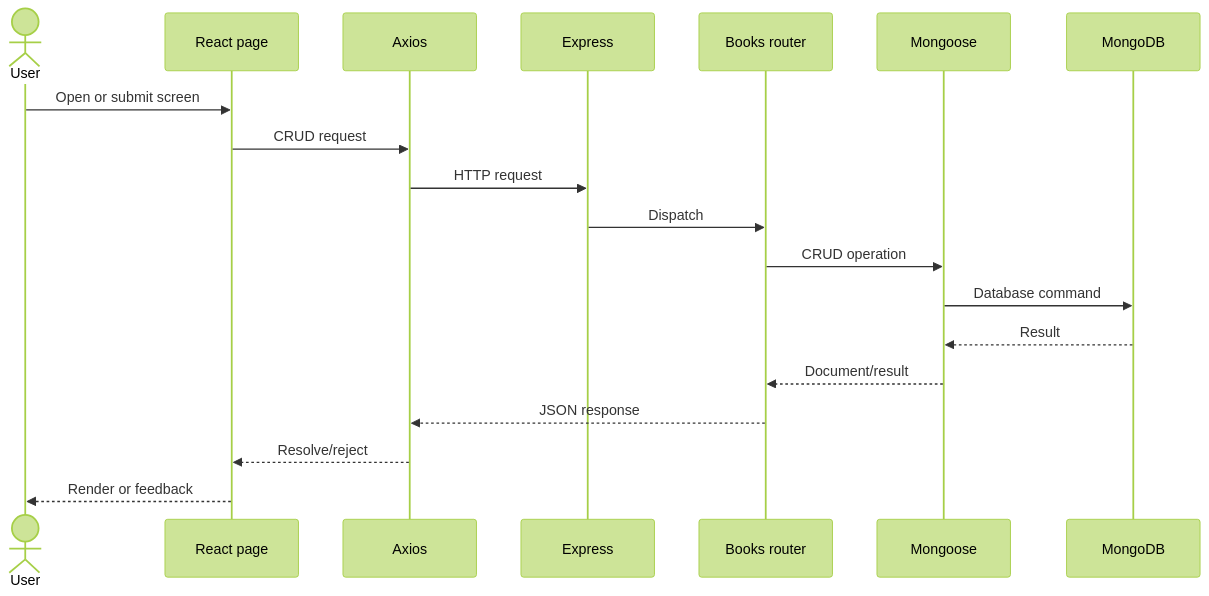
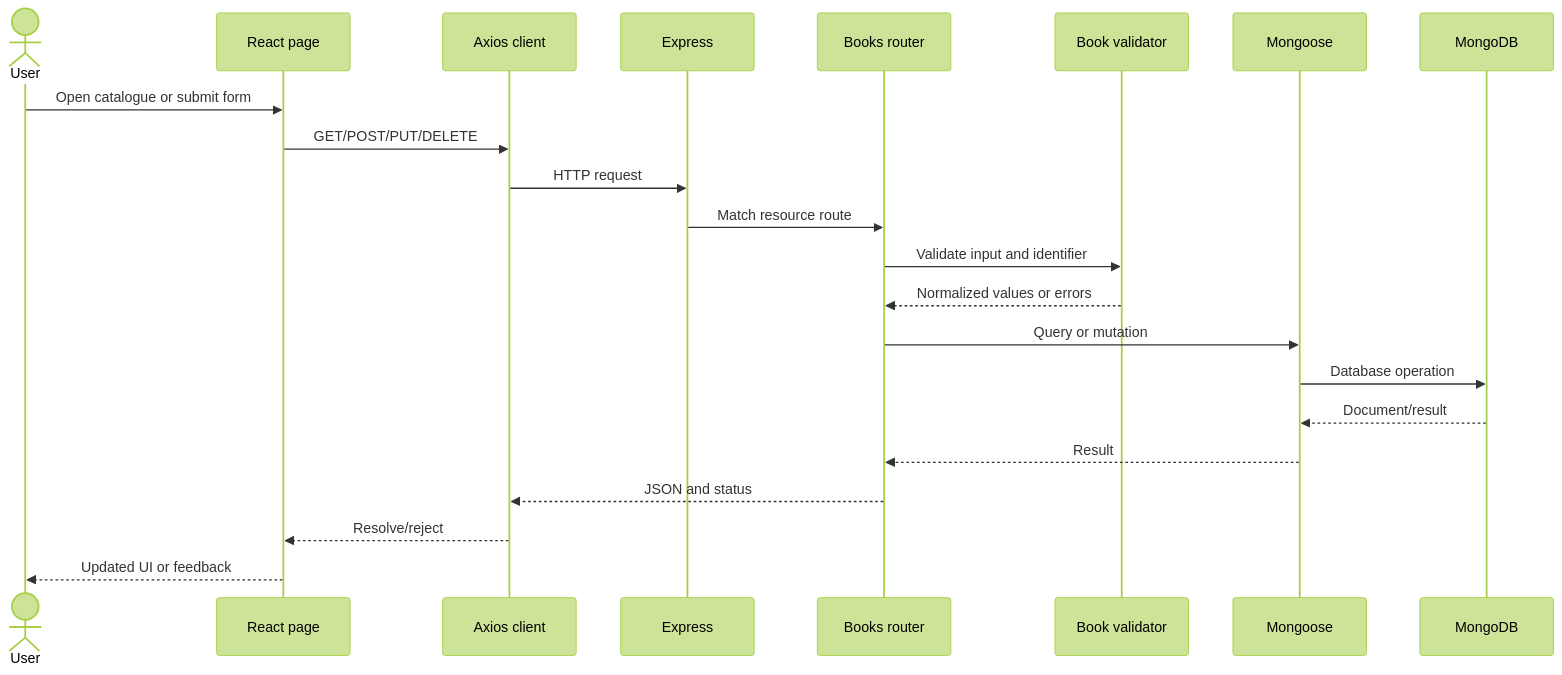
The second of 2 diagrams in docs/architecture.md (Brajesh31/Anime-Book-Store), drawn with Mermaid (forest theme) before and after one commit. The commit also changed other lines of this file and 6 other files, not shown here.

Commit message:
docs: expand API, architecture, data and testing references

````diff
--- a/docs/architecture.md
+++ b/docs/architecture.md
@@ -25,21 +69,24 @@
 ```mermaid
 sequenceDiagram
  actor User
- participant UI as React page
- participant HTTP as Axios
- participant API as Express
+ participant Page as React page
+ participant Client as Axios client
+ participant Server as Express
  participant Route as Books router
- participant ODM as Mongoose
+ participant Validator as Book validator
+ participant Model as Mongoose
  participant DB as MongoDB
- User->>UI: Open or submit screen
- UI->>HTTP: CRUD request
- HTTP->>API: HTTP request
- API->>Route: Dispatch
- Route->>ODM: CRUD operation
- ODM->>DB: Database command
- DB-->>ODM: Result
- ODM-->>Route: Document/result
- Route-->>HTTP: JSON response
- HTTP-->>UI: Resolve/reject
- UI-->>User: Render or feedback
+ User->>Page: Open catalogue or submit form
+ Page->>Client: GET/POST/PUT/DELETE
+ Client->>Server: HTTP request
+ Server->>Route: Match resource route
+ Route->>Validator: Validate input and identifier
+ Validator-->>Route: Normalized values or errors
+ Route->>Model: Query or mutation
+ Model->>DB: Database operation
+ DB-->>Model: Document/result
+ Model-->>Route: Result
+ Route-->>Client: JSON and status
+ Client-->>Page: Resolve/reject
+ Page-->>User: Updated UI or feedback
 ```
````
